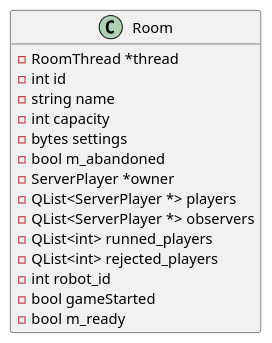
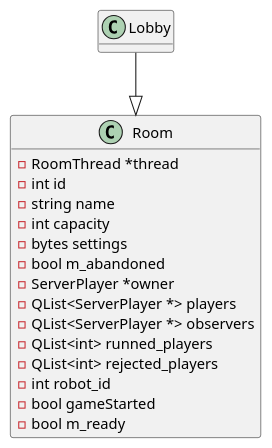
Before and after one commit to Qsgs-Fans/fkbook-all-in-one: the diagram in develop/uml/s-room-class.puml, drawn with PlantUML. The commit also changed 9 other files, not shown here.

```diff
--- a/develop/uml/s-room-class.puml
+++ b/develop/uml/s-room-class.puml
@@ -1,20 +1,25 @@
 @startuml
 hide empty methods
 class Room {
   -RoomThread *thread
   -int id
   -string name
   -int capacity
   -bytes settings
   -bool m_abandoned
   -ServerPlayer *owner
   -QList<ServerPlayer *> players
   -QList<ServerPlayer *> observers
   -QList<int> runned_players
   -QList<int> rejected_players
   -int robot_id
   -bool gameStarted
   -bool m_ready
 
 }
+
+class Lobby {
+}
+
+Lobby --|> Room
 @enduml
```
